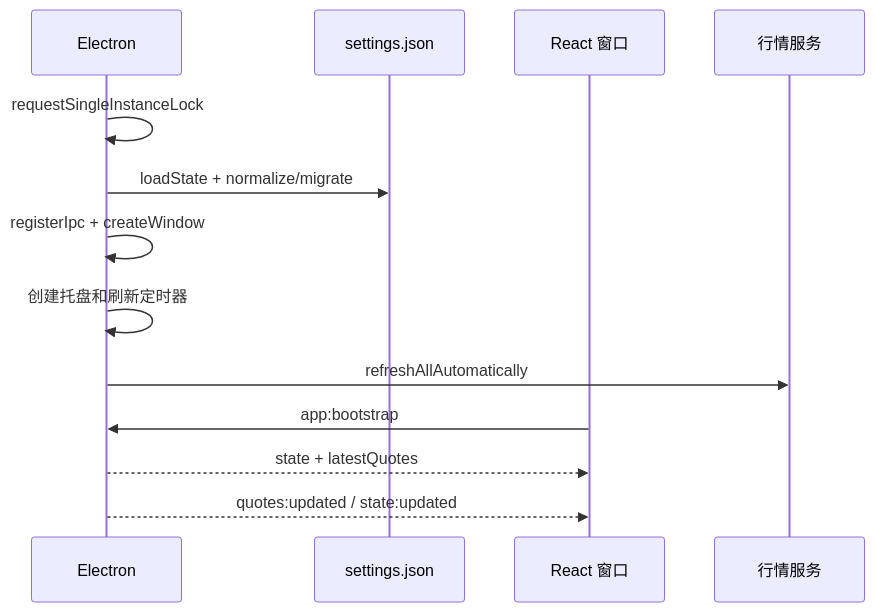
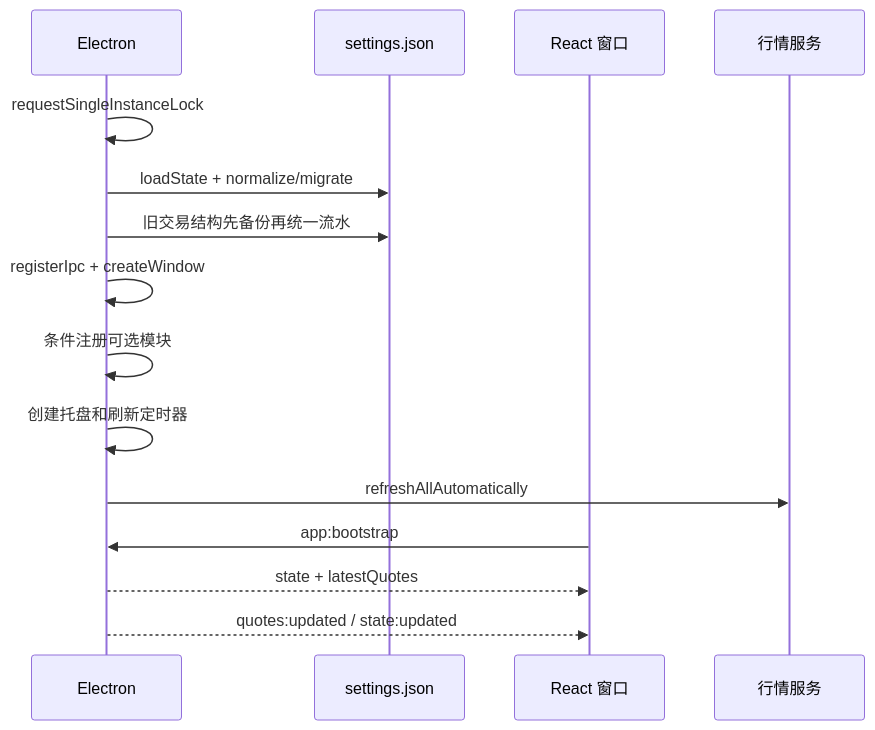
Before and after one commit to SingleOne/JianZhang: the second of 3 diagrams in docs/wiki/01-architecture.md, drawn with Mermaid. The commit also changed other lines of this file and 13 other files, not shown here.

````diff
--- a/docs/wiki/01-architecture.md
+++ b/docs/wiki/01-architecture.md
@@ -67,16 +72,18 @@
 ```mermaid
 sequenceDiagram
     participant E as Electron
     participant S as settings.json
     participant W as React 窗口
     participant M as 行情服务
 
     E->>E: requestSingleInstanceLock
     E->>S: loadState + normalize/migrate
+    E->>S: 旧交易结构先备份再统一流水
     E->>E: registerIpc + createWindow
+    E->>E: 条件注册可选模块
     E->>E: 创建托盘和刷新定时器
     E->>M: refreshAllAutomatically
     W->>E: app:bootstrap
     E-->>W: state + latestQuotes
     E-->>W: quotes:updated / state:updated
 ```
````
